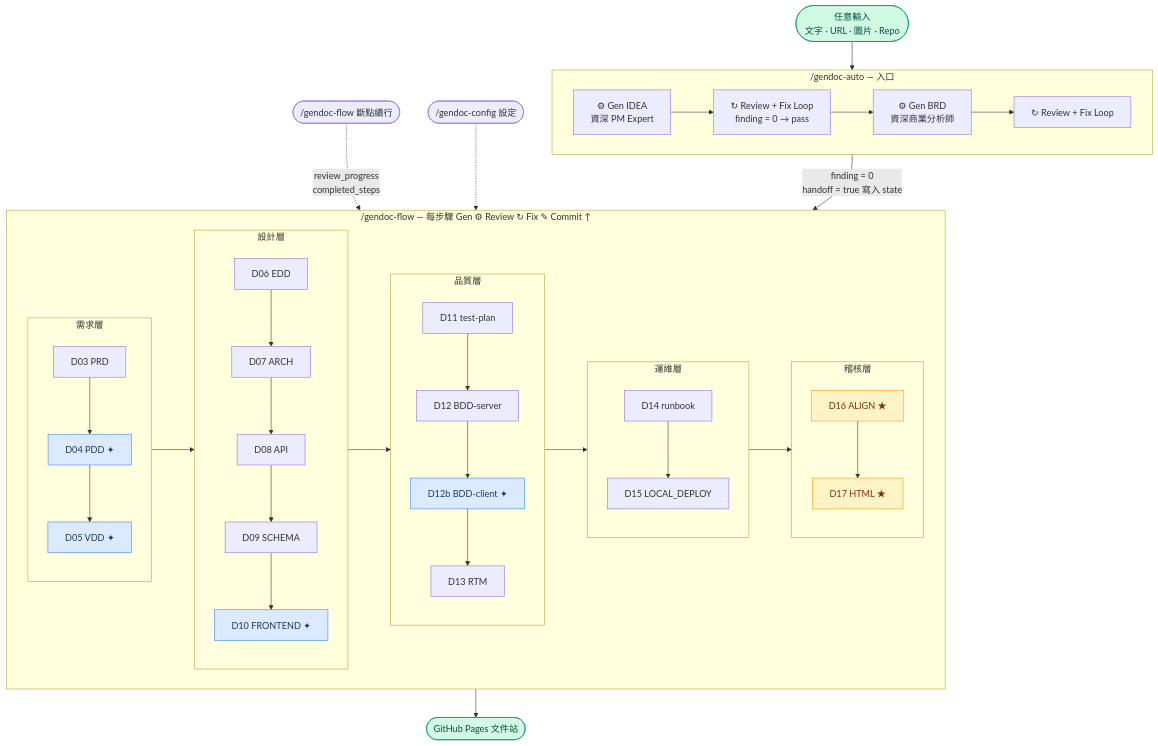
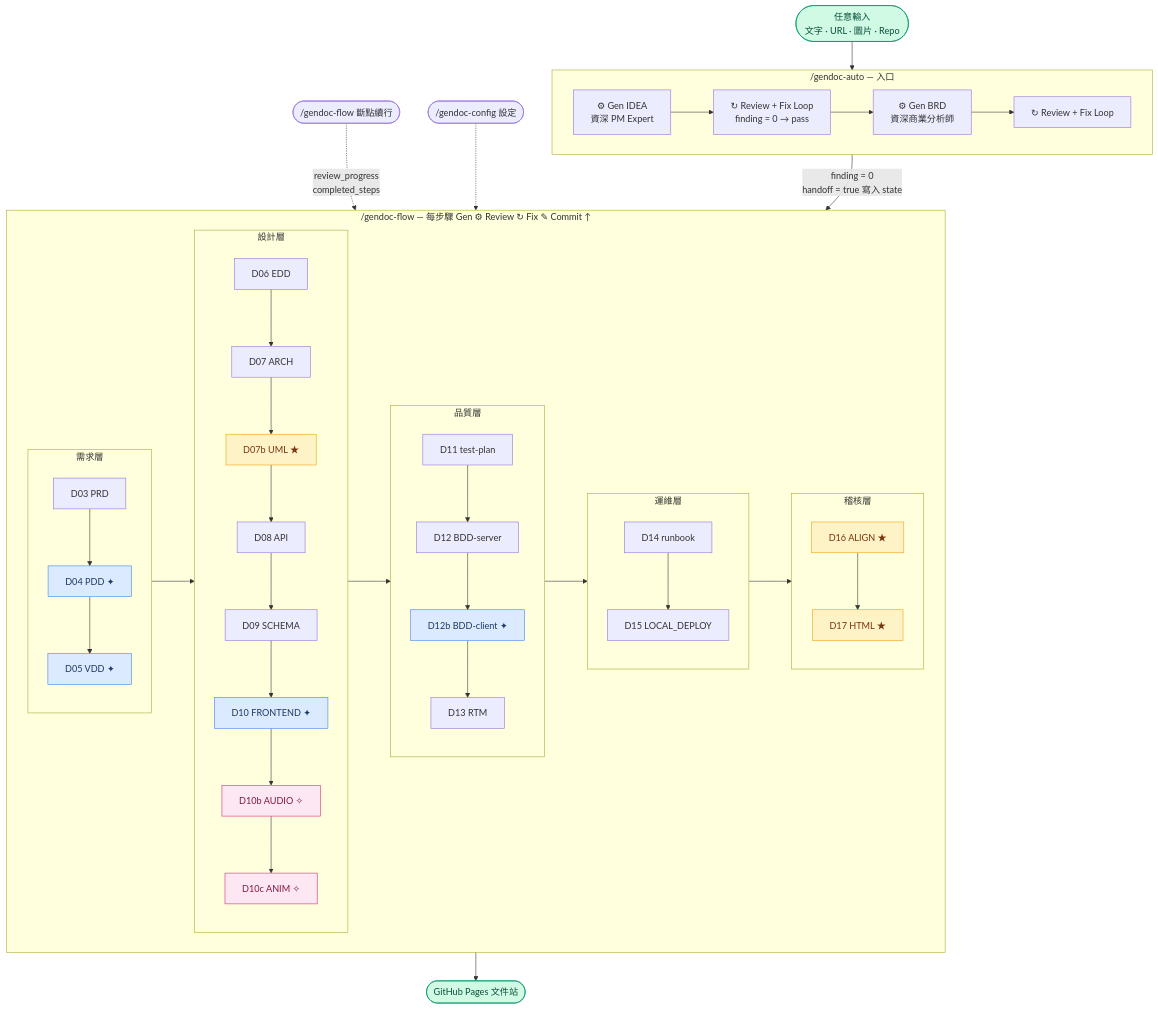
One commit to ibalasite/gendoc changed the first of 2 diagrams in README.md. Above: the diagram before and after it, drawn with Mermaid. The commit also changed other lines of this file and 4 other files, not shown here.

````diff
--- a/README.md
+++ b/README.md
@@ -138,38 +143,40 @@
 ```mermaid
 flowchart TD
     INPUT([任意輸入\n文字 · URL · 圖片 · Repo]) --> AUTO
     subgraph AUTO["/gendoc-auto — 入口"]
         direction LR
         G1["⚙ Gen IDEA\n資深 PM Expert"] --> R1["↻ Review + Fix Loop\nfinding = 0 → pass"]
         R1 --> G2["⚙ Gen BRD\n資深商業分析師"]
         G2 --> R2["↻ Review + Fix Loop"]
     end
     R2 -->|"finding = 0\nhandoff = true 寫入 state"| FLOW
     subgraph FLOW["/gendoc-flow — 每步驟 Gen ⚙ Review ↻ Fix ✎ Commit ↑"]
         subgraph REQ["需求層"]
             D03["D03 PRD"] --> D04["D04 PDD ✦"] --> D05["D05 VDD ✦"]
         end
         subgraph DES["設計層"]
-            D06["D06 EDD"] --> D07["D07 ARCH"] --> D08["D08 API"] --> D09["D09 SCHEMA"] --> D10["D10 FRONTEND ✦"]
+            D06["D06 EDD"] --> D07["D07 ARCH"] --> D07b["D07b UML ★"] --> D08["D08 API"] --> D09["D09 SCHEMA"] --> D10["D10 FRONTEND ✦"] --> D10b["D10b AUDIO ✧"] --> D10c["D10c ANIM ✧"]
         end
         subgraph QA["品質層"]
             D11["D11 test-plan"] --> D12["D12 BDD-server"] --> D12b["D12b BDD-client ✦"] --> D13["D13 RTM"]
         end
         subgraph OPS["運維層"]
             D14["D14 runbook"] --> D15["D15 LOCAL_DEPLOY"]
         end
         subgraph AUDIT["稽核層"]
             D16["D16 ALIGN ★"] --> D17["D17 HTML ★"]
         end
         REQ --> DES --> QA --> OPS --> AUDIT
     end
     FLOW --> DONE([GitHub Pages 文件站])
     RESUME(["/gendoc-flow 斷點續行"]) -.->|"review_progress\ncompleted_steps"| FLOW
     CONFIG(["/gendoc-config 設定"]) -.-> FLOW
     classDef condNode fill:#dbeafe,stroke:#3b82f6,color:#1e3a5f
+    classDef gameNode fill:#fce7f3,stroke:#db2777,color:#831843
     classDef specNode fill:#fef3c7,stroke:#f59e0b,color:#78350f
     classDef ioNode fill:#d1fae5,stroke:#059669,color:#064e3b
     class D04,D05,D10,D12b condNode
-    class D16,D17 specNode
+    class D10b,D10c gameNode
+    class D07b,D16,D17 specNode
     class INPUT,DONE ioNode
 ```
````
